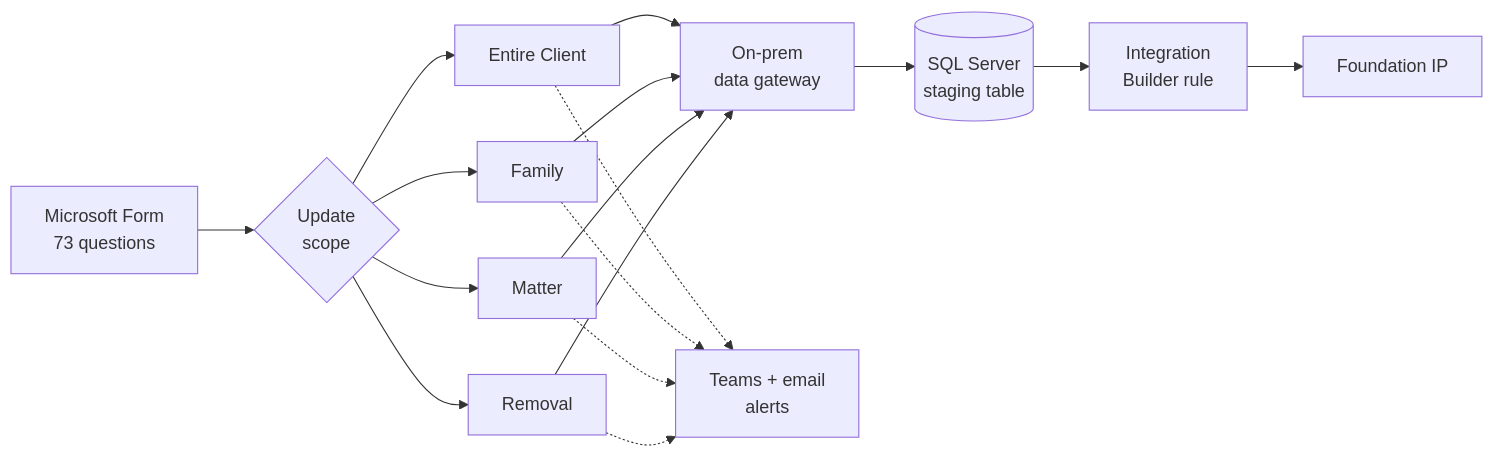
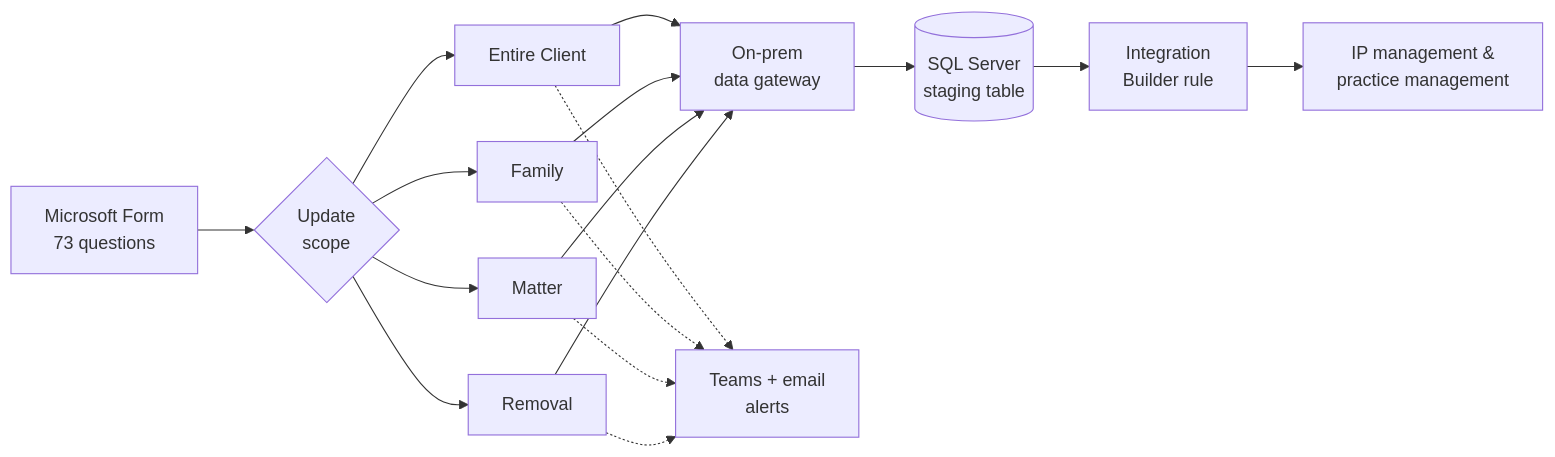
Before and after one commit to AI-Jess/Career-Portfolio: the first of 2 diagrams in content/case-studies/ip-staffing-updates.md, drawn with Mermaid. The commit also changed other lines of this file, not shown here.

First line of the commit message:
Case study: rate since launch; rule updates IP and practice management systems

````diff
--- a/content/case-studies/ip-staffing-updates.md
+++ b/content/case-studies/ip-staffing-updates.md
@@ -52,13 +52,13 @@
 ```mermaid
 flowchart LR
     F[Microsoft Form<br/>73 questions] --> R{Update<br/>scope}
     R --> P1[Entire Client]
     R --> P2[Family]
     R --> P3[Matter]
     R --> P4[Removal]
     P1 & P2 & P3 & P4 --> GW[On-prem<br/>data gateway]
     GW --> DB[(SQL Server<br/>staging table)]
     DB --> IB[Integration<br/>Builder rule]
-    IB --> SYS[Foundation IP]
+    IB --> SYS[IP management &<br/>practice management]
     P1 & P2 & P3 & P4 -.-> A[Teams + email<br/>alerts]
 ```
````
